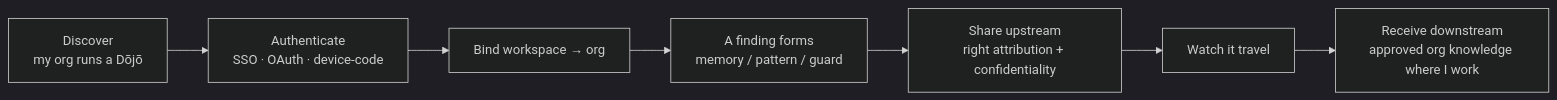
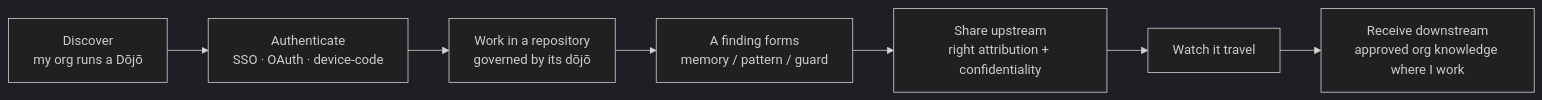
The first of 4 diagrams in docs/prd/02-objectives.md (sensei-hq/sensei), drawn with Mermaid (dark theme) before and after one commit. The commit also changed other lines of this file and 49 other files, not shown here.

````diff
--- a/docs/prd/02-objectives.md
+++ b/docs/prd/02-objectives.md
@@ -82,7 +85,7 @@
 ```mermaid
 flowchart LR
     d1[Discover<br/>my org runs a Dōjō] --> d2[Authenticate<br/>SSO · OAuth · device-code]
-    d2 --> d3[Bind workspace → org] --> d4[A finding forms<br/>memory / pattern / guard]
+    d2 --> d3[Work in a repository<br/>governed by its dōjō] --> d4[A finding forms<br/>memory / pattern / guard]
     d4 --> d5[Share upstream<br/>right attribution + confidentiality]
     d5 --> d6[Watch it travel] --> d7[Receive downstream<br/>approved org knowledge where I work]
 ```
````
